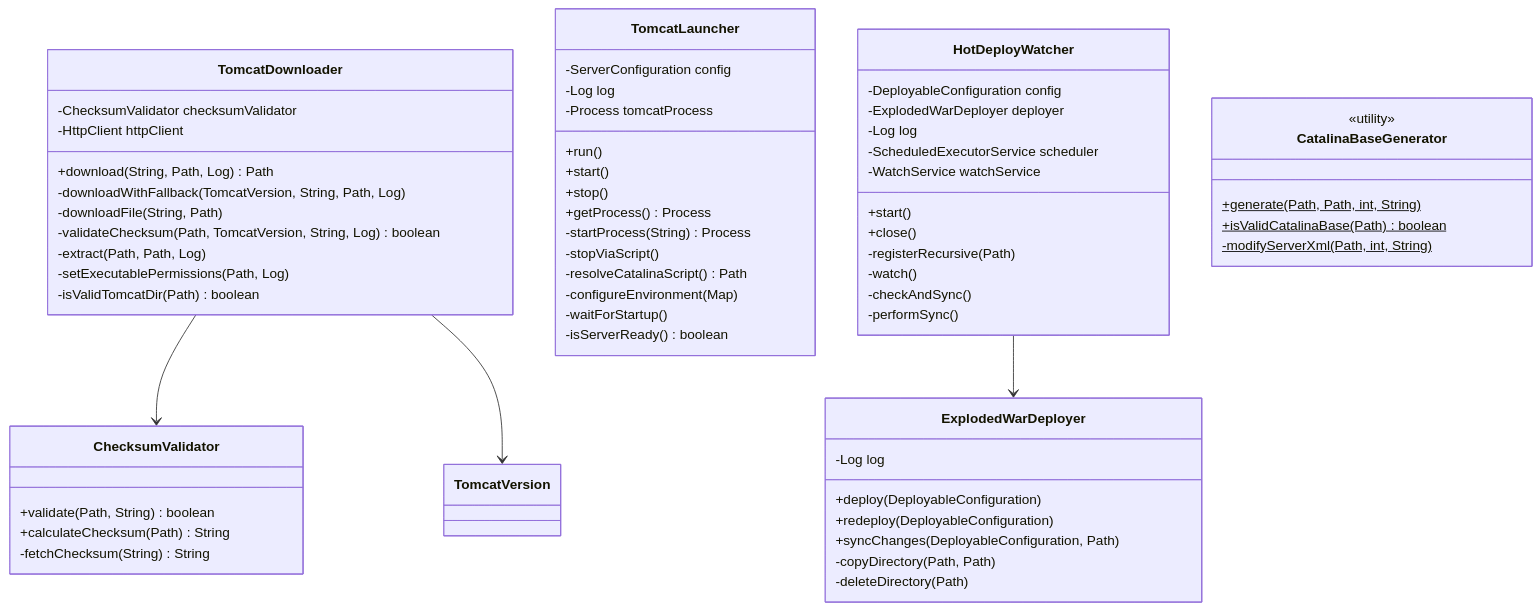
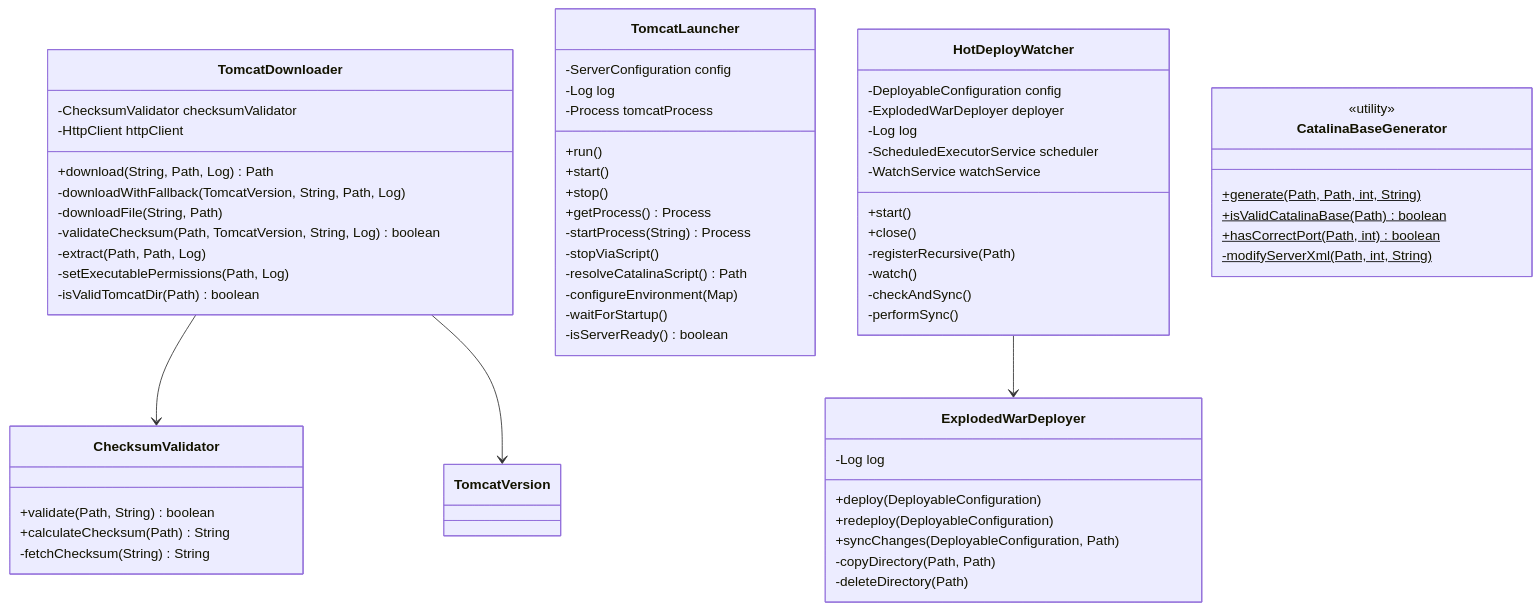
Before and after one commit to rajendarreddyj/tomcat-maven-plugin: the fifth of 13 diagrams in docs/ARCHITECTURE.md, drawn with Mermaid. The commit also changed other lines of this file and 14 other files, not shown here.

````diff
--- a/docs/ARCHITECTURE.md
+++ b/docs/ARCHITECTURE.md
@@ -325,70 +327,71 @@
 ```mermaid
 classDiagram
     class TomcatDownloader {
         -ChecksumValidator checksumValidator
         -HttpClient httpClient
         +download(String, Path, Log) Path
         -downloadWithFallback(TomcatVersion, String, Path, Log)
         -downloadFile(String, Path)
         -validateChecksum(Path, TomcatVersion, String, Log) boolean
         -extract(Path, Path, Log)
         -setExecutablePermissions(Path, Log)
         -isValidTomcatDir(Path) boolean
     }
 
     class ChecksumValidator {
         +validate(Path, String) boolean
         +calculateChecksum(Path) String
         -fetchChecksum(String) String
     }
 
     class TomcatLauncher {
         -ServerConfiguration config
         -Log log
         -Process tomcatProcess
         +run()
         +start()
         +stop()
         +getProcess() Process
         -startProcess(String) Process
         -stopViaScript()
         -resolveCatalinaScript() Path
         -configureEnvironment(Map)
         -waitForStartup()
         -isServerReady() boolean
     }
 
     class ExplodedWarDeployer {
         -Log log
         +deploy(DeployableConfiguration)
         +redeploy(DeployableConfiguration)
         +syncChanges(DeployableConfiguration, Path)
         -copyDirectory(Path, Path)
         -deleteDirectory(Path)
     }
 
     class HotDeployWatcher {
         -DeployableConfiguration config
         -ExplodedWarDeployer deployer
         -Log log
         -ScheduledExecutorService scheduler
         -WatchService watchService
         +start()
         +close()
         -registerRecursive(Path)
         -watch()
         -checkAndSync()
         -performSync()
     }
 
     class CatalinaBaseGenerator {
         <<utility>>
         +generate(Path, Path, int, String)$
         +isValidCatalinaBase(Path)$ boolean
+        +hasCorrectPort(Path, int)$ boolean
         -modifyServerXml(Path, int, String)$
     }
 
     TomcatDownloader --> ChecksumValidator
     TomcatDownloader --> TomcatVersion
     HotDeployWatcher --> ExplodedWarDeployer
 ```
````
